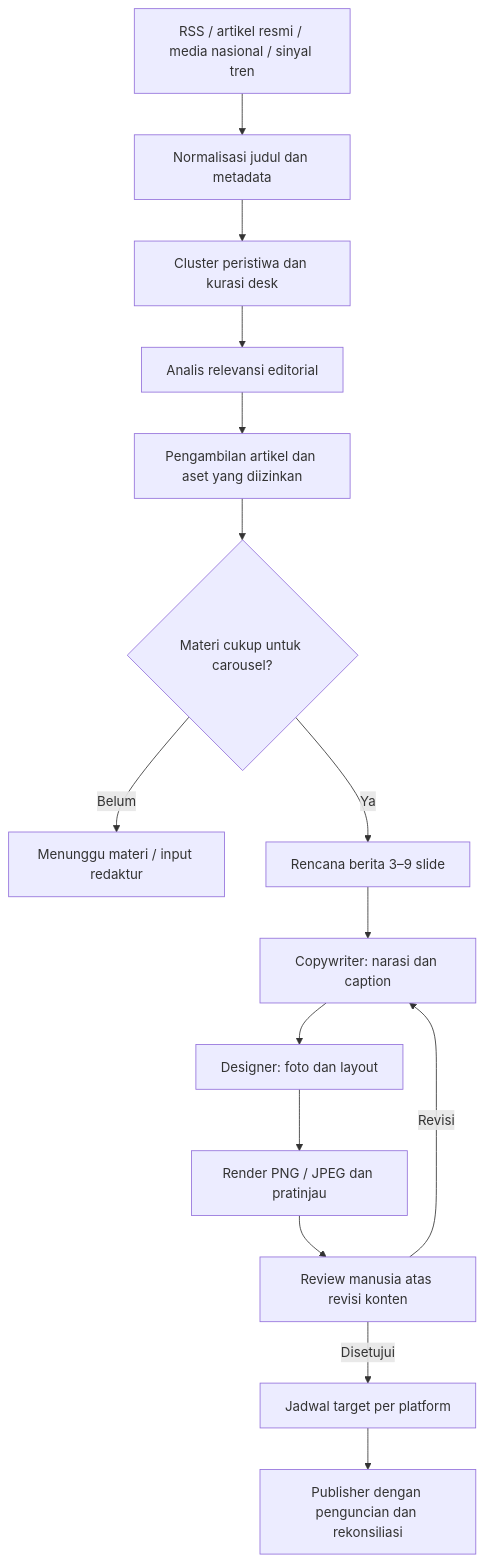
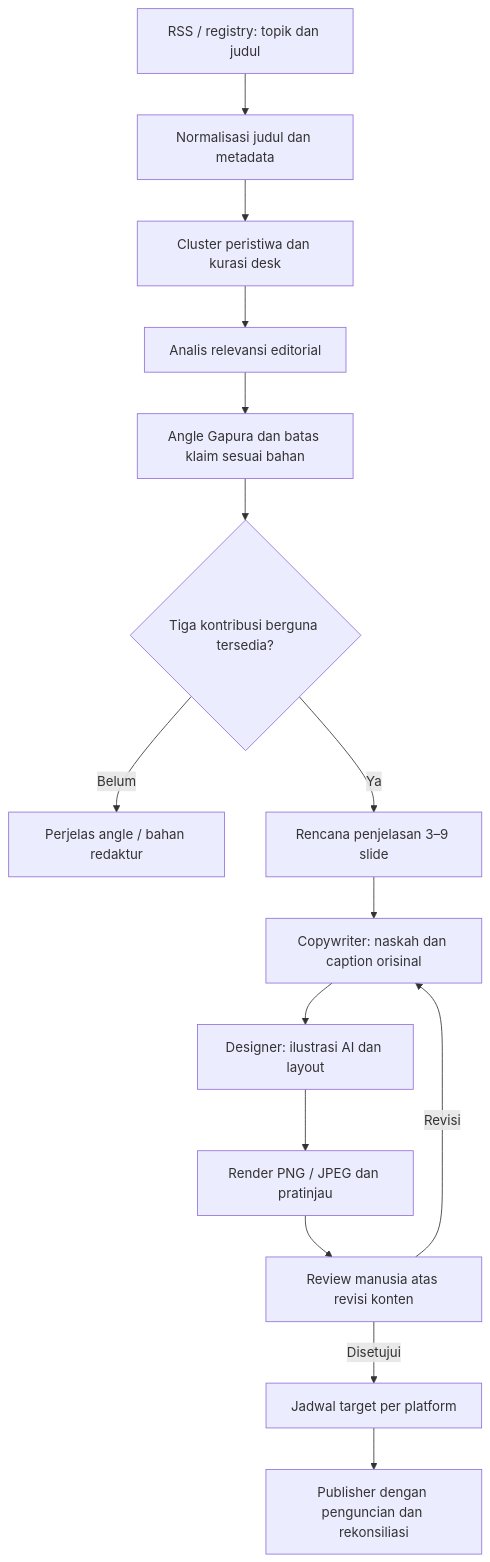
The diagram in docs/plans/07_EDITORIAL_REDESIGN_BLUEPRINT.md (aryarifki/gapura), drawn with Mermaid before and after one commit. The commit also changed other lines of this file and 5 other files, not shown here.

````diff
--- a/docs/plans/07_EDITORIAL_REDESIGN_BLUEPRINT.md
+++ b/docs/plans/07_EDITORIAL_REDESIGN_BLUEPRINT.md
@@ -161,17 +176,17 @@
 ```mermaid
 flowchart TD
-    A[RSS / artikel resmi / media nasional / sinyal tren] --> B[Normalisasi judul dan metadata]
+    A[RSS / registry: topik dan judul] --> B[Normalisasi judul dan metadata]
     B --> C[Cluster peristiwa dan kurasi desk]
     C --> D[Analis relevansi editorial]
-    D --> E[Pengambilan artikel dan aset yang diizinkan]
-    E --> F{Materi cukup untuk carousel?}
-    F -- Belum --> G[Menunggu materi / input redaktur]
-    F -- Ya --> H[Rencana berita 3–9 slide]
-    H --> I[Copywriter: narasi dan caption]
-    I --> J[Designer: foto dan layout]
+    D --> E[Angle Gapura dan batas klaim sesuai bahan]
+    E --> F{Tiga kontribusi berguna tersedia?}
+    F -- Belum --> G[Perjelas angle / bahan redaktur]
+    F -- Ya --> H[Rencana penjelasan 3–9 slide]
+    H --> I[Copywriter: naskah dan caption orisinal]
+    I --> J[Designer: ilustrasi AI dan layout]
     J --> K[Render PNG / JPEG dan pratinjau]
     K --> L[Review manusia atas revisi konten]
     L -- Revisi --> I
     L -- Disetujui --> M[Jadwal target per platform]
     M --> N[Publisher dengan penguncian dan rekonsiliasi]
 ```
````
